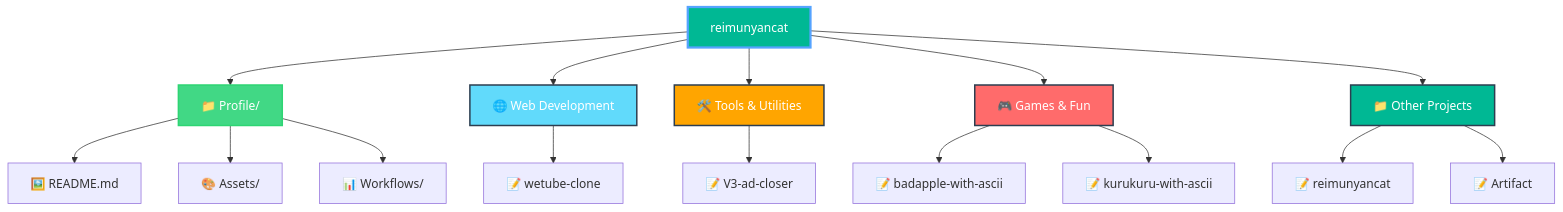
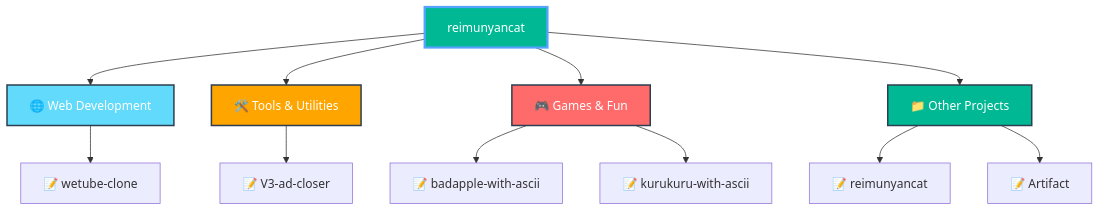
Before and after one commit to reimunyancat/reimunyancat: the diagram in README.md, drawn with Mermaid. The commit also changed other lines of this file, not shown here.

````diff
--- a/README.md
+++ b/README.md
@@ -219,28 +218,24 @@
 ```mermaid
 graph TD
-  A[reimunyancat] --> B[📁 Profile/]
-  B --> C[🖼️ README.md]
-  B --> D[🎨 Assets/]
-  B --> E[📊 Workflows/]
+  A[reimunyancat]
 
   A --> CAT0[🌐 Web Development]
   CAT0 --> CAT0_0[📝 wetube-clone]
 
   A --> CAT1[🛠️ Tools & Utilities]
   CAT1 --> CAT1_0[📝 V3-ad-closer]
 
   A --> CAT2[🎮 Games & Fun]
   CAT2 --> CAT2_0[📝 badapple-with-ascii]
   CAT2 --> CAT2_1[📝 kurukuru-with-ascii]
 
   A --> CAT3[📁 Other Projects]
   CAT3 --> CAT3_0[📝 reimunyancat]
   CAT3 --> CAT3_1[📝 Artifact]
 
   style A fill:#00b894,stroke:#55a3ff,stroke-width:3px,color:#fff
-  style B fill:#41d885,stroke:#2ed573,stroke-width:2px,color:#fff
   style CAT0 fill:#61dafb,stroke:#2c3e50,stroke-width:2px,color:#fff
   style CAT1 fill:#ffa500,stroke:#2c3e50,stroke-width:2px,color:#fff
   style CAT2 fill:#ff6b6b,stroke:#2c3e50,stroke-width:2px,color:#fff
   style CAT3 fill:#00b894,stroke:#2c3e50,stroke-width:2px,color:#fff
 ```
````
